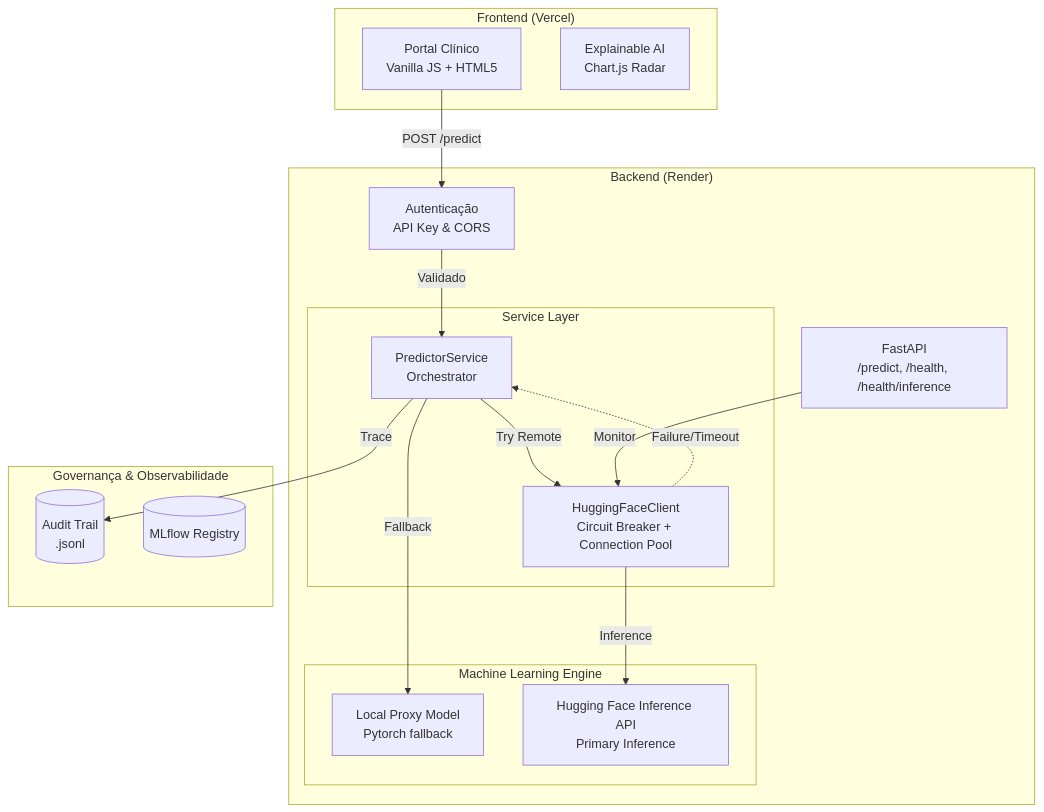
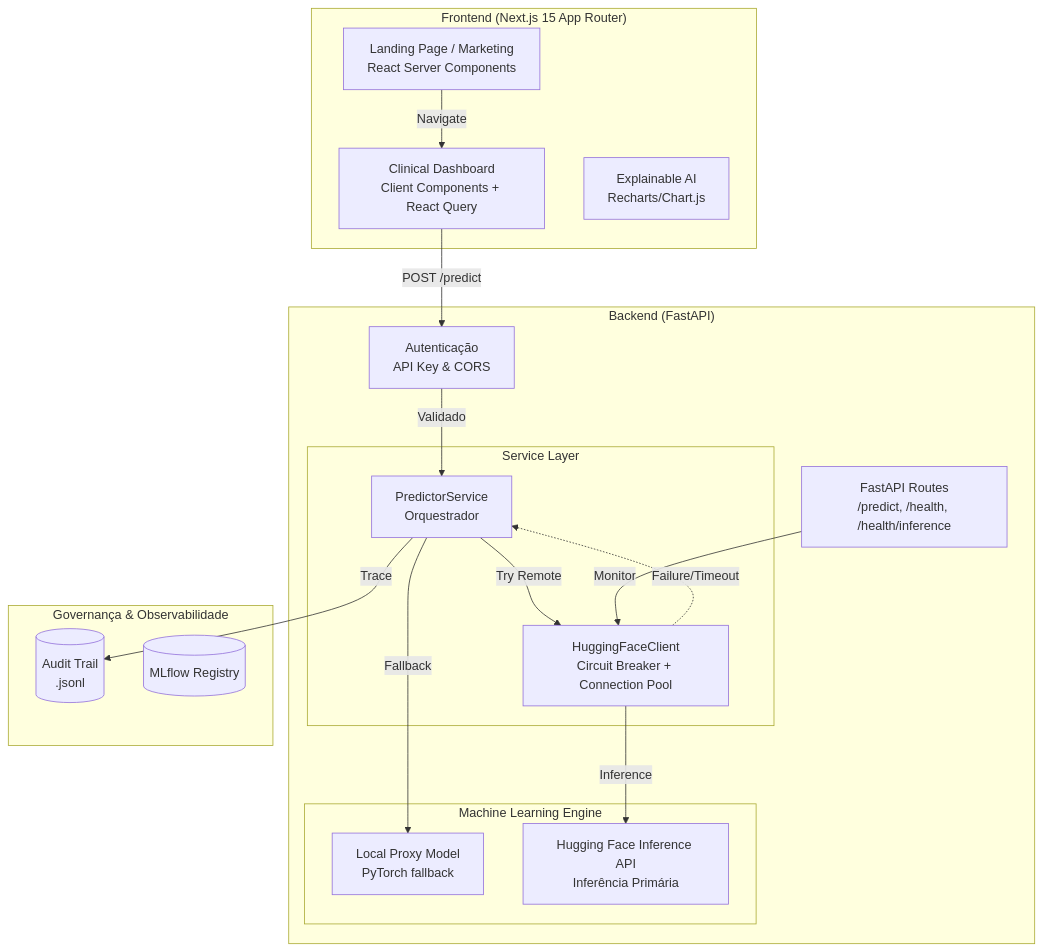
The diagram in README.pt-br.md (vdfs89/Aether_Oncology), drawn with Mermaid before and after one commit. The commit also changed other lines of this file and 53 other files, not shown here.

Commit message:
feat: implement clinical ML platform with training/inference validation, calibration, data leakage and fairness audits, and automated lineage tracking

````diff
--- a/README.pt-br.md
+++ b/README.pt-br.md
@@ -146,36 +178,38 @@
 ```mermaid
 graph TD
-    subgraph "Frontend (Vercel)"
-        UI[Portal Clínico\nVanilla JS + HTML5]
-        XAI[Explainable AI\nChart.js Radar]
+    subgraph "Frontend (Next.js 15 App Router)"
+        UI["Landing Page / Marketing<br/>React Server Components"]
+        Dash["Clinical Dashboard<br/>Client Components + React Query"]
+        XAI["Explainable AI<br/>Recharts/Chart.js"]
     end
 
-    subgraph "Backend (Render)"
-        Auth[Autenticação\nAPI Key & CORS]
-        API[FastAPI\n/predict, /health, /health/inference]
+    subgraph "Backend (FastAPI)"
+        Auth["Autenticação<br/>API Key & CORS"]
+        API["FastAPI Routes<br/>/predict, /health, /health/inference"]
         
         subgraph "Service Layer"
-            Service[PredictorService\nOrchestrator]
-            Client[HuggingFaceClient\nCircuit Breaker + Connection Pool]
+            Service["PredictorService<br/>Orquestrador"]
+            Client["HuggingFaceClient<br/>Circuit Breaker + Connection Pool"]
         end
         
         subgraph "Machine Learning Engine"
-            LocalProxy[Local Proxy Model\nPytorch fallback]
-            HF_API[Hugging Face Inference API\nPrimary Inference]
+            LocalProxy["Local Proxy Model<br/>PyTorch fallback"]
+            HF_API["Hugging Face Inference API<br/>Inferência Primária"]
         end
     end
 
     subgraph "Governança & Observabilidade"
-        AuditLog[(Audit Trail\n.jsonl)]
-        MLflow[(MLflow Registry)]
+        AuditLog[("Audit Trail<br/>.jsonl")]
+        MLflow[("MLflow Registry")]
     end
 
-    UI -->|POST /predict| Auth
+    UI -->|Navigate| Dash
+    Dash -->|POST /predict| Auth
     Auth -->|Validado| Service
     Service -->|Try Remote| Client
     Client -->|Inference| HF_API
     Client -.->|Failure/Timeout| Service
     Service -->|Fallback| LocalProxy
     Service -->|Trace| AuditLog
     API -->|Monitor| Client
 ```
````
